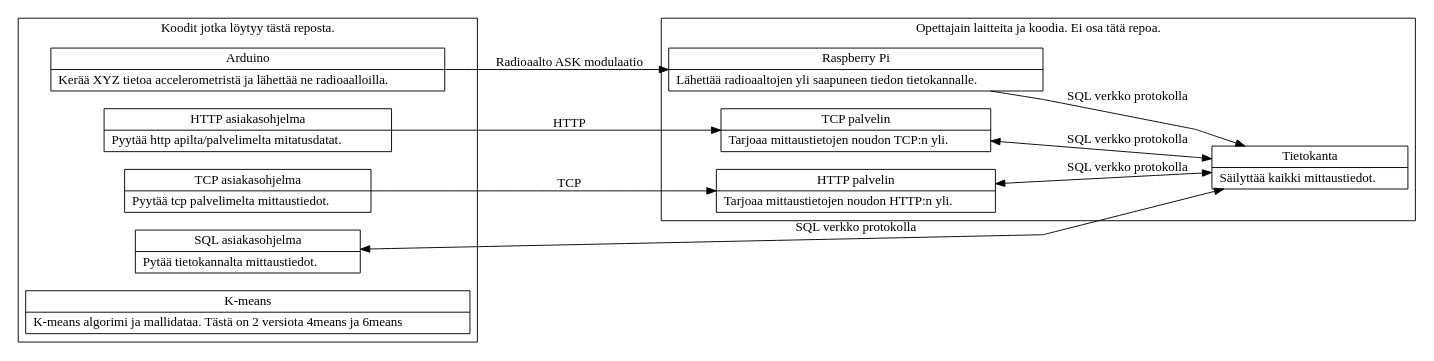
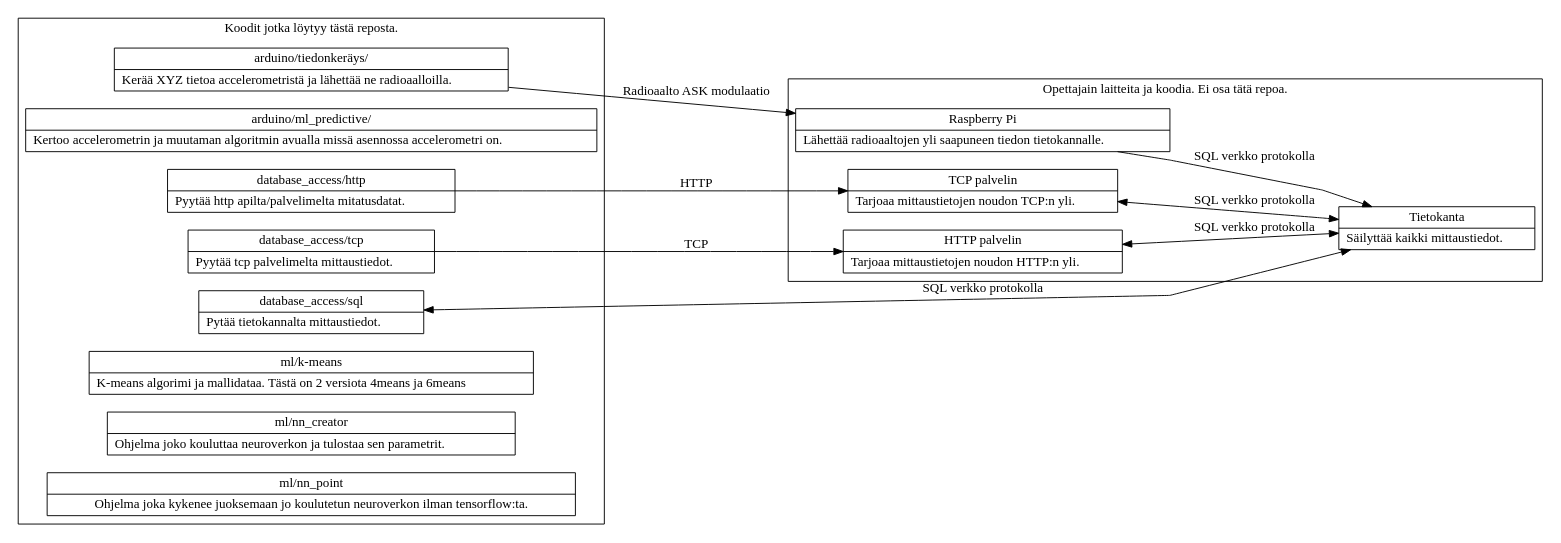
The diagram in assets/src/järjestelmäarkkitehtuuri.gv (Jokuloinen/IN00CS94-Tietoliikenne-sovellus-projekti), drawn with Graphviz before and after one commit. The commit also changed 41 other files, not shown here.

```diff
--- a/assets/src/järjestelmäarkkitehtuuri.gv
+++ b/assets/src/järjestelmäarkkitehtuuri.gv
@@ -1,87 +1,105 @@
 digraph järjestelmäarkkitehtuuri {
 	// graph atributes
 	fontname = "Source Code Pro"
 	node [
 		fontname = "Source Code Pro"
 		shape = "record"
 	]
 	edge [
 		fontname = "Source Code Pro"
 	]
   	graph [
 		rankdir = "LR";
 		splines=polyline;
 	]
 
 	//the shapes and text
 	subgraph cluster_0 {
 		label="Koodit jotka löytyy tästä reposta.";
 		
 		Arduino [ label="
-			Arduino
+			arduino/tiedonkeräys/
 			|
 			Kerää XYZ tietoa accelerometristä ja lähettää ne radioaalloilla.\l
 		"];
 
+		ArduinoML [ label="
+			arduino/ml_predictive/
+			|
+			Kertoo accelerometrin ja muutaman algoritmin avualla missä asennossa accelerometri on.\l
+		"];
+
 		SQLAsiakas [label="
-			SQL asiakasohjelma
+			database_access/sql
 			|
 			Pytää tietokannalta mittaustiedot.\l
 		"]
 
 		HTTPAsiakas [label="
-			HTTP asiakasohjelma
+			database_access/http
 			|
 			Pyytää http apilta/palvelimelta mitatusdatat.\l
 		"]
 
 		TCPAsiakas [label="
-			TCP asiakasohjelma
+			database_access/tcp
 			|
 			Pyytää tcp palvelimelta mittaustiedot.\l
 		"]
 
 		KMEANS [label="
-			K-means
+			ml/k-means
 			|
 			K-means algorimi ja mallidataa. Tästä on 2 versiota 4means ja 6means\l
+		"]
+
+		NEURAL [label="
+			ml/nn_creator
+			|
+			Ohjelma joko kouluttaa neuroverkon ja tulostaa sen parametrit.\l
+		"]
+
+		POINT [label="
+			ml/nn_point
+			|
+			Ohjelma joka kykenee juoksemaan jo koulutetun neuroverkon ilman tensorflow:ta.
 		"]
 	}
 
 	subgraph cluster_1{
 		label="Opettajain laitteita ja koodia. Ei osa tätä repoa.";
 
 		RaspberryPi [label="
 			Raspberry Pi
 			|
 			Lähettää radioaaltojen yli saapuneen tiedon tietokannalle.\l
 		"];
 
 		Tietokanta [label="
 			Tietokanta
 			|
 			Säilyttää kaikki mittaustiedot.\l
 		"];
 
 		TCPpalvelin [label="
 			TCP palvelin
 			|
 			Tarjoaa mittaustietojen noudon TCP:n yli.\l
 		"]
 
 		HTTPpalvelin [label="
 			HTTP palvelin
 			|
 			Tarjoaa mittaustietojen noudon HTTP:n yli.\l
 		"]
 	}
 
 	// connections
 	Arduino->RaspberryPi [label="Radioaalto ASK modulaatio"];
 	RaspberryPi->Tietokanta [label="SQL verkko protokolla"];
 	TCPpalvelin->Tietokanta [label="SQL verkko protokolla"; dir=both];
 	HTTPpalvelin->Tietokanta [label="SQL verkko protokolla"; dir=both]
 	SQLAsiakas->Tietokanta [label="SQL verkko protokolla"; dir=both];
 	HTTPAsiakas->TCPpalvelin [label="HTTP"];
 	TCPAsiakas->HTTPpalvelin [label="TCP"];
 }
```
